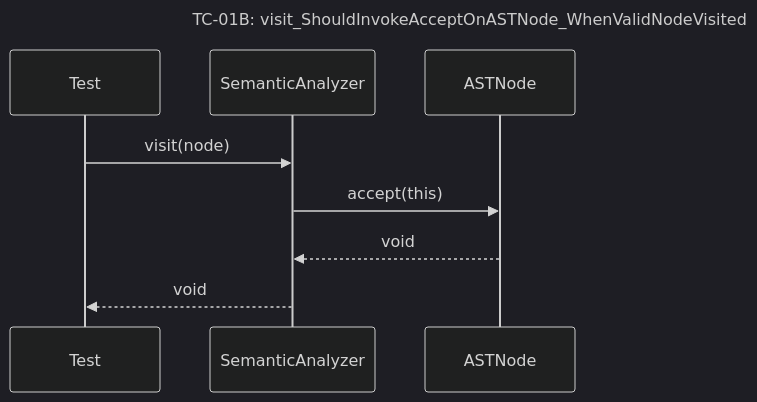
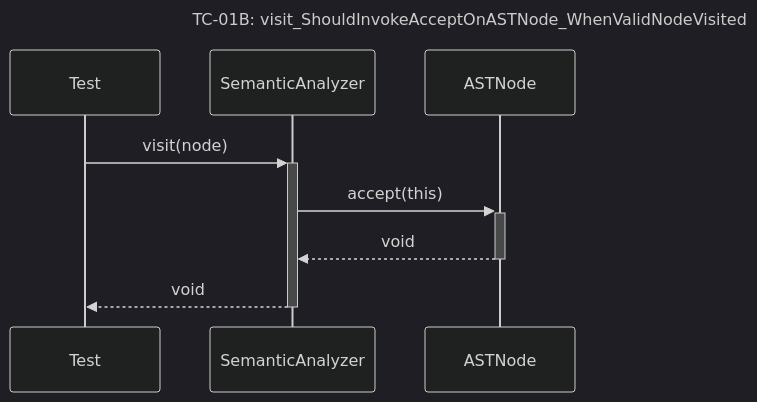
One commit to Dikhang1112/Database_Management_BBV changed the third of 30 diagrams in docs/unit_test/query_prossor/SequeceTestCase.md. Above: the diagram before and after it, drawn with Mermaid (dark theme). The commit also changed other lines of this file and 12 other files, not shown here.

Commit message:
Refactor sequece diagram

````diff
--- a/docs/unit_test/query_prossor/SequeceTestCase.md
+++ b/docs/unit_test/query_prossor/SequeceTestCase.md
@@ -50,12 +51,12 @@
 ```mermaid
 sequenceDiagram
     title TC-01B: visit_ShouldInvokeAcceptOnASTNode_WhenValidNodeVisited
     participant Test
     participant SemanticAnalyzer
     participant ASTNode
 
-    Test->>SemanticAnalyzer: visit(node)
-    SemanticAnalyzer->>ASTNode: accept(this)
-    ASTNode-->>SemanticAnalyzer: void
-    SemanticAnalyzer-->>Test: void
+    Test->>+SemanticAnalyzer: visit(node)
+    SemanticAnalyzer->>+ASTNode: accept(this)
+    ASTNode-->>-SemanticAnalyzer: void
+    SemanticAnalyzer-->>-Test: void
 ```
````
